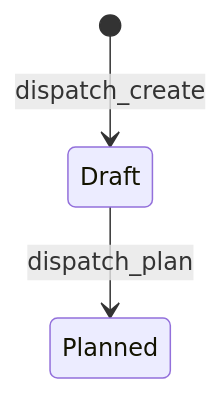
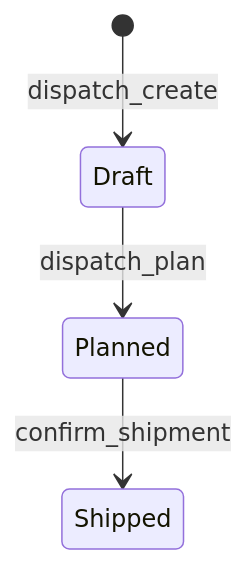
Before and after one commit to msmurygin/quark-docs: the second of 2 diagrams in docs-obsidian/user-guide/diagrams/post-pick/40-dispatch-planning.md, drawn with Mermaid. The commit also changed other lines of this file and 5 other files, not shown here.

````diff
--- a/docs-obsidian/user-guide/diagrams/post-pick/40-dispatch-planning.md
+++ b/docs-obsidian/user-guide/diagrams/post-pick/40-dispatch-planning.md
@@ -35,5 +34,6 @@
 ```mermaid
 stateDiagram-v2
     [*] --> Draft: dispatch_create
     Draft --> Planned: dispatch_plan
+    Planned --> Shipped: confirm_shipment
 ```
````
